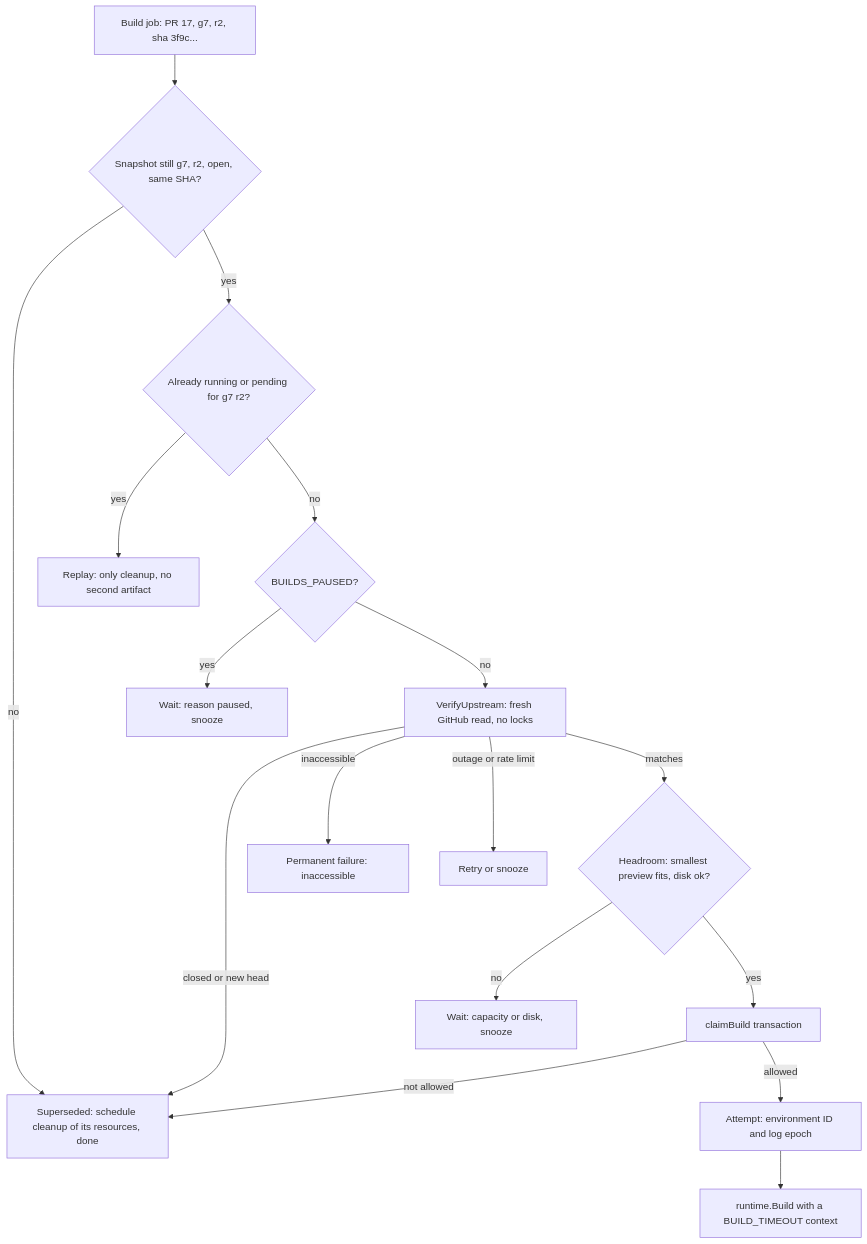
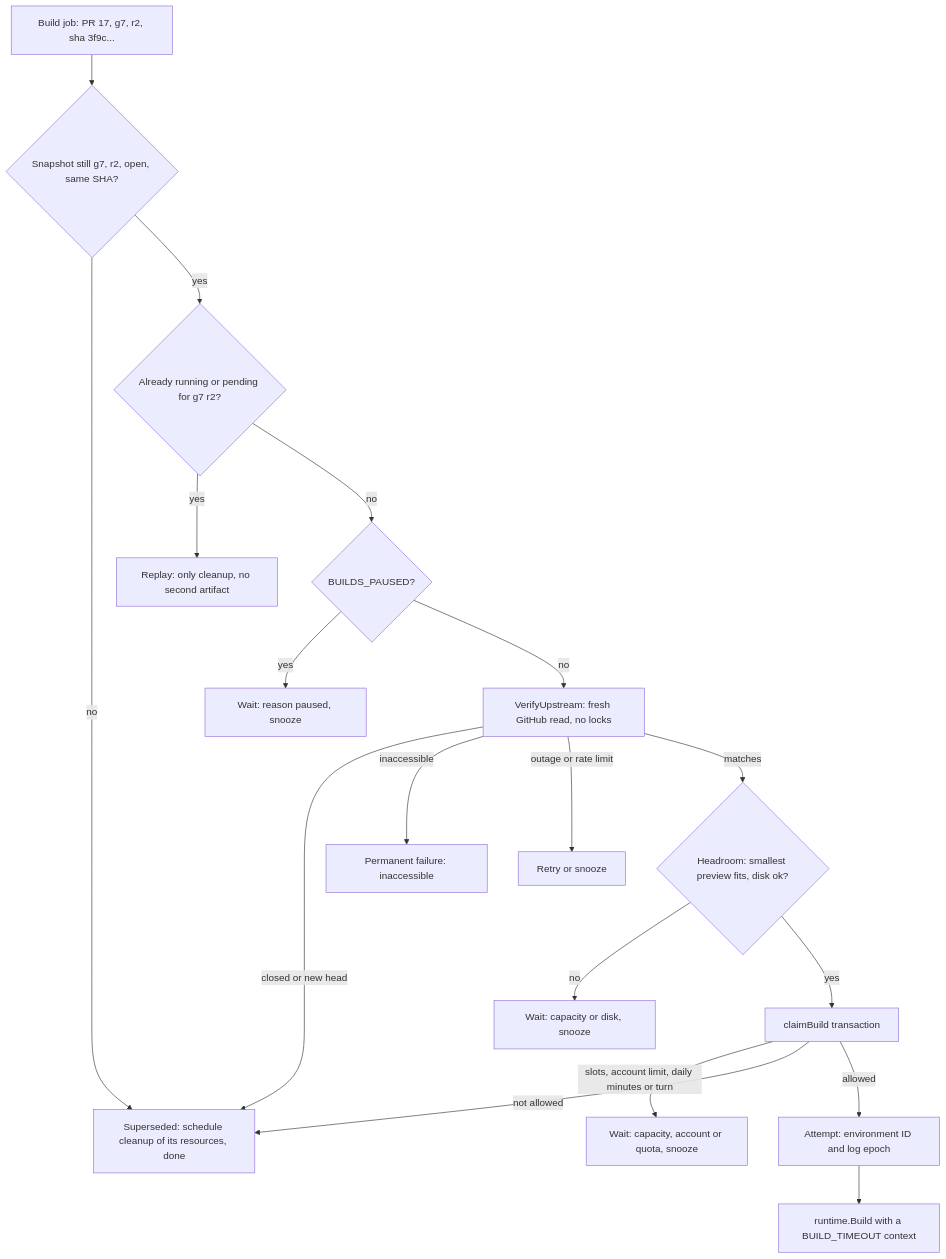
Before and after one commit to ajaykathwate/Previa: diagram 16 of 44 in technical-docs/inside-previa.md, drawn with Mermaid. The commit also changed other lines of this file and 19 other files, not shown here.

````diff
--- a/technical-docs/inside-previa.md
+++ b/technical-docs/inside-previa.md
@@ -999,19 +1053,20 @@
 ```mermaid
 flowchart TD
     A[Build job: PR 17, g7, r2, sha 3f9c...] --> B{Snapshot still g7, r2, open, same SHA?}
     B -- no --> Z[Superseded: schedule cleanup of its resources, done]
     B -- yes --> C{Already running or pending for g7 r2?}
     C -- yes --> Z2[Replay: only cleanup, no second artifact]
     C -- no --> D{BUILDS_PAUSED?}
     D -- yes --> W1[Wait: reason paused, snooze]
     D -- no --> E[VerifyUpstream: fresh GitHub read, no locks]
     E -- closed or new head --> Z
     E -- inaccessible --> F1[Permanent failure: inaccessible]
     E -- outage or rate limit --> R1[Retry or snooze]
     E -- matches --> G{Headroom: smallest preview fits, disk ok?}
     G -- no --> W2[Wait: capacity or disk, snooze]
     G -- yes --> H[claimBuild transaction]
+    H -- slots, account limit, daily minutes or turn --> W3[Wait: capacity, account or quota, snooze]
     H -- not allowed --> Z
     H -- allowed --> I[Attempt: environment ID and log epoch]
     I --> J[runtime.Build with a BUILD_TIMEOUT context]
 ```
````
